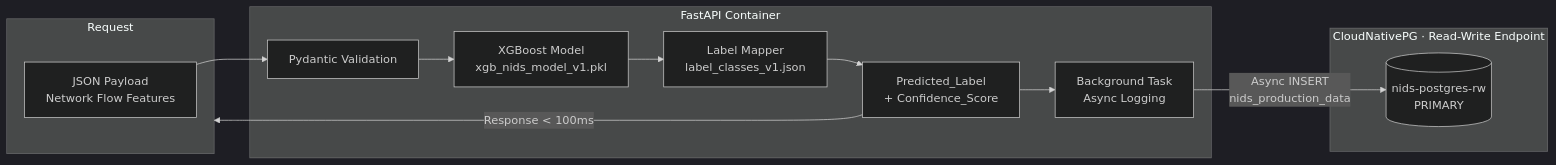
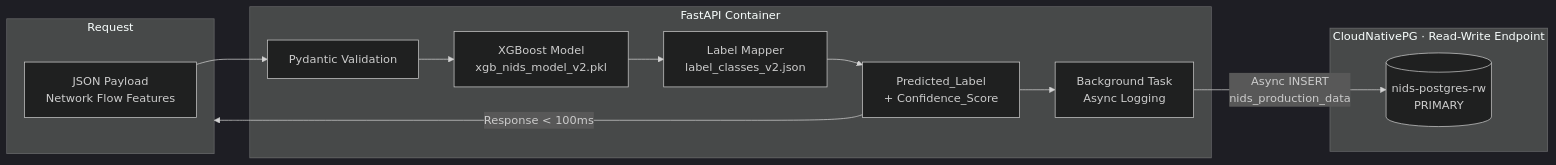
Before and after one commit to Viet-Hoang-2005/AdaptML: the second of 7 diagrams in ARCHITECTURE.md, drawn with Mermaid (dark theme). The commit also changed other lines of this file and 9 other files, not shown here.

First line of the commit message:
feat,chore(architecture): MLflow Server on K3s + Local Orchestrator

````diff
--- a/ARCHITECTURE.md
+++ b/ARCHITECTURE.md
@@ -75,24 +73,24 @@
 ```mermaid
 flowchart LR
     subgraph REQUEST["Request"]
         JSON["JSON Payload<br/>Network Flow Features"]
     end
 
     subgraph FASTAPI["FastAPI Container"]
         PARSER[Pydantic Validation]
-        MODEL["XGBoost Model<br/>xgb_nids_model_v1.pkl"]
-        LABELS["Label Mapper<br/>label_classes_v1.json"]
+        MODEL["XGBoost Model<br/>xgb_nids_model_v2.pkl"]
+        LABELS["Label Mapper<br/>label_classes_v2.json"]
         PRED[Predicted_Label<br/>+ Confidence_Score]
         BT[Background Task<br/>Async Logging]
     end
 
     subgraph STORAGE["CloudNativePG · Read-Write Endpoint"]
         RW[("nids-postgres-rw<br/>PRIMARY")]
     end
 
     JSON --> PARSER --> MODEL
     MODEL --> LABELS --> PRED
     PRED -->|Response < 100ms| REQUEST
     PRED --> BT
     BT -->|Async INSERT<br/>nids_production_data| RW
 ```
````
